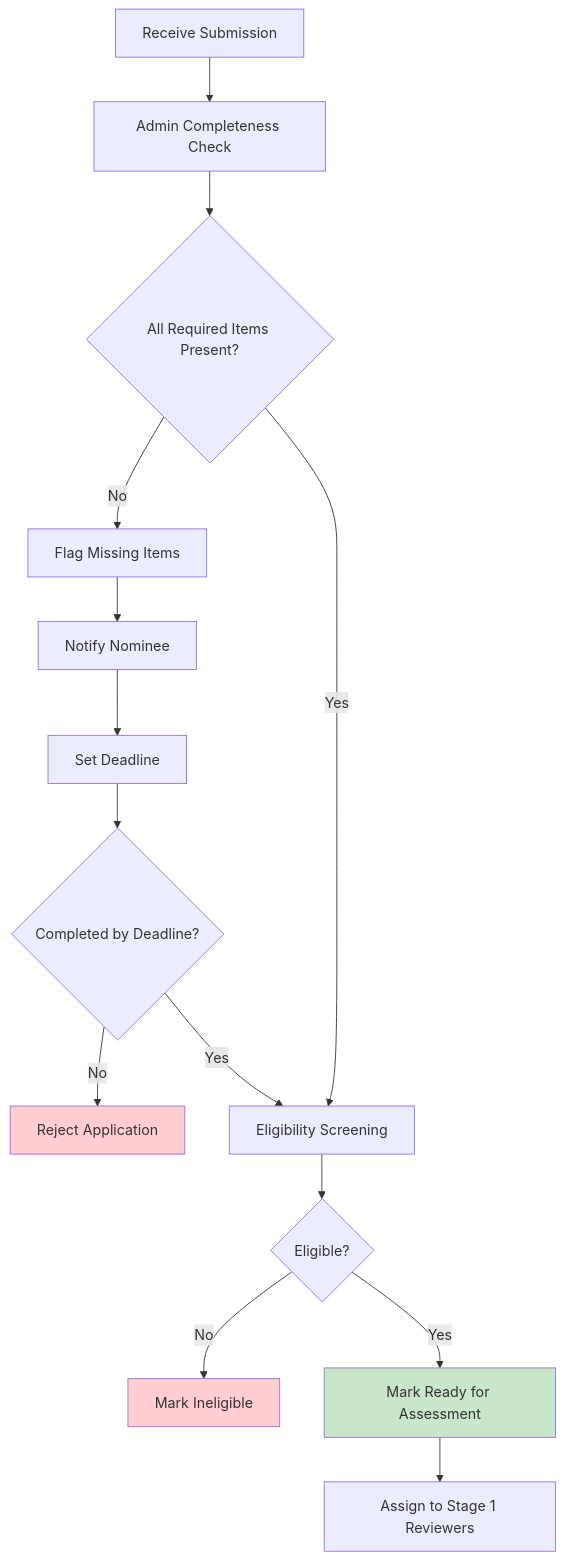
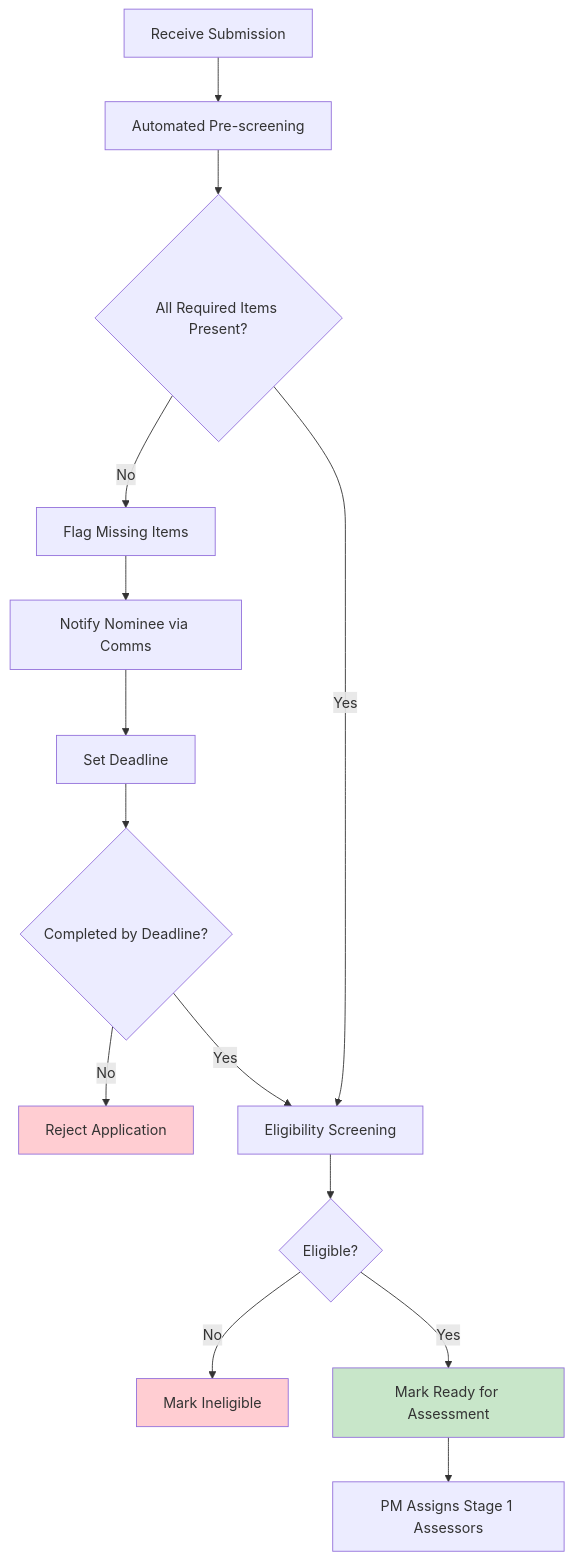
The diagram in Confluence/Project-Contractor-Of-The-Year-Award/130514945 - 1.0 Submission and Intake.md (baloghp/PBF), drawn with Mermaid before and after one commit. The commit also changed other lines of this file and 233 other files, not shown here.

````diff
--- a/Confluence/Project-Contractor-Of-The-Year-Award/130514945 - 1.0 Submission and Intake.md
+++ b/Confluence/Project-Contractor-Of-The-Year-Award/130514945 - 1.0 Submission and Intake.md
@@ -140,20 +58,20 @@
 ```mermaid
 flowchart TD
-    A[Receive Submission] --> B[Admin Completeness Check]
+    A[Receive Submission] --> B[Automated Pre-screening]
     B --> C{All Required Items Present?}
     C -->|No| D[Flag Missing Items]
-    D --> E[Notify Nominee]
+    D --> E[Notify Nominee via Comms]
     E --> F[Set Deadline]
     F --> G{Completed by Deadline?}
     G -->|No| H[Reject Application]
     G -->|Yes| I[Eligibility Screening]
     C -->|Yes| I
     I --> J{Eligible?}
     J -->|No| K[Mark Ineligible]
     J -->|Yes| L[Mark Ready for Assessment]
-    L --> M[Assign to Stage 1 Reviewers]
+    L --> M[PM Assigns Stage 1 Assessors]
     
     style L fill:#c8e6c9
     style H fill:#ffcdd2
     style K fill:#ffcdd2
 ```
````
